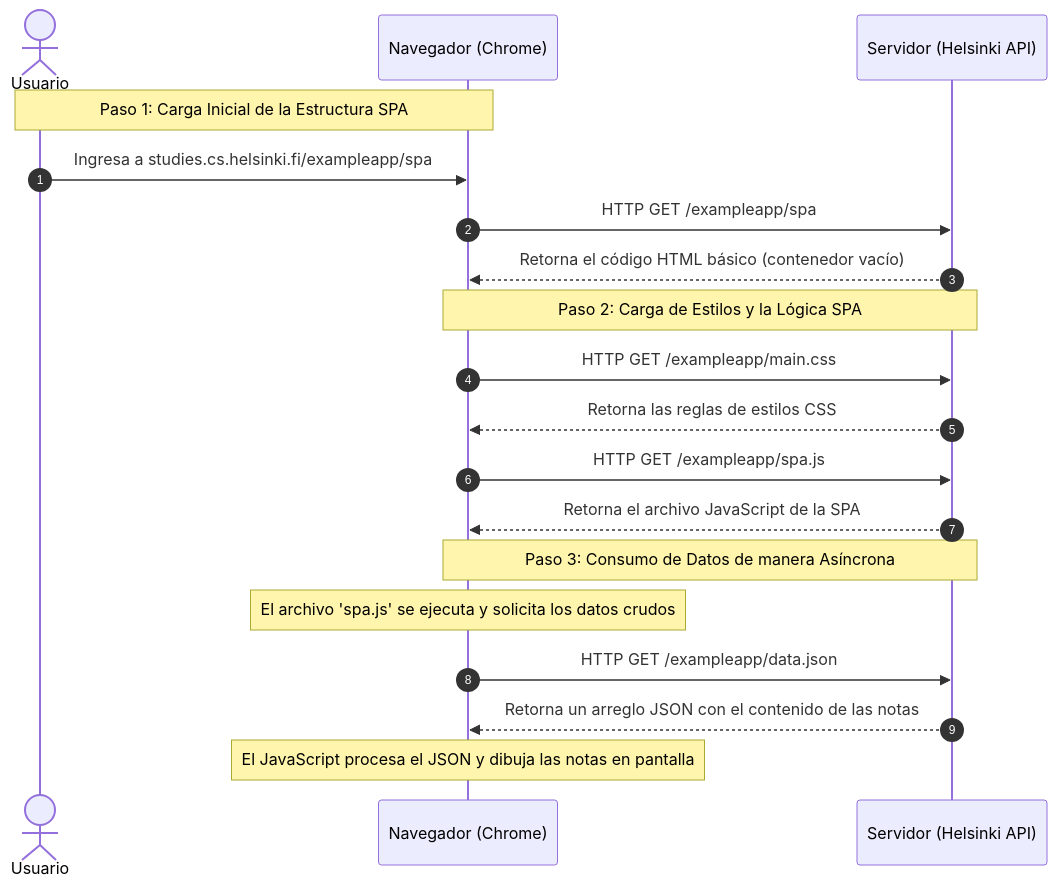
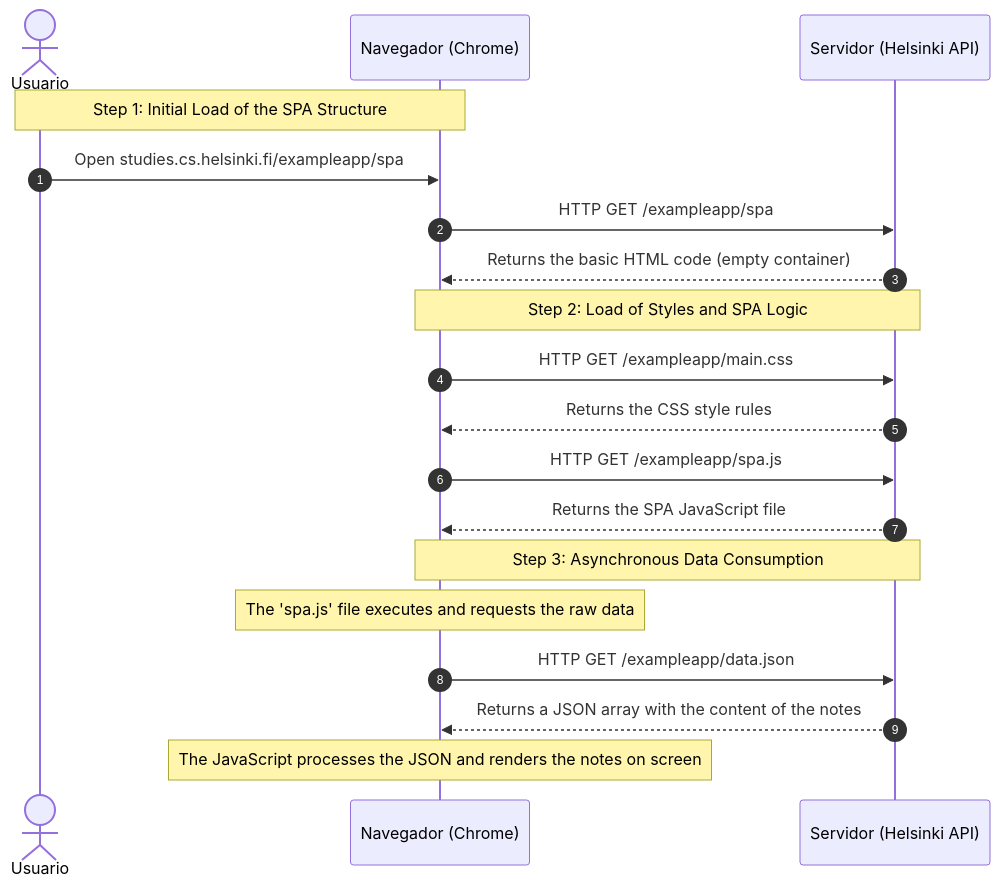
The diagram in 05.md (jogabeca-cpu/0.5-new-diagram), drawn with Mermaid before and after one commit.

Commit message:
Translate SPA sequence diagram from Spanish to English

````diff
--- a/05.md
+++ b/05.md
@@ -1,24 +1,24 @@
 ```mermaid
 sequenceDiagram
     autonumber
     actor Usuario
     participant Navegador as Navegador (Chrome)
     participant Servidor as Servidor (Helsinki API)
 
-    Note over Usuario,Navegador: Paso 1: Carga Inicial de la Estructura SPA
-    Usuario->>Navegador: Ingresa a studies.cs.helsinki.fi/exampleapp/spa
+    Note over Usuario,Navegador: Step 1: Initial Load of the SPA Structure
+    Usuario->>Navegador: Open studies.cs.helsinki.fi/exampleapp/spa
     Navegador->>Servidor: HTTP GET /exampleapp/spa
-    Servidor-->>Navegador: Retorna el código HTML básico (contenedor vacío)
+    Servidor-->>Navegador: Returns the basic HTML code (empty container)
     
-    Note over Navegador,Servidor: Paso 2: Carga de Estilos y la Lógica SPA
+    Note over Navegador,Servidor: Step 2: Load of Styles and SPA Logic
     Navegador->>Servidor: HTTP GET /exampleapp/main.css
-    Servidor-->>Navegador: Retorna las reglas de estilos CSS
+    Servidor-->>Navegador: Returns the CSS style rules
     Navegador->>Servidor: HTTP GET /exampleapp/spa.js
-    Servidor-->>Navegador: Retorna el archivo JavaScript de la SPA
+    Servidor-->>Navegador: Returns the SPA JavaScript file
 
-    Note over Navegador,Servidor: Paso 3: Consumo de Datos de manera Asíncrona
-    Note over Navegador: El archivo 'spa.js' se ejecuta y solicita los datos crudos
+    Note over Navegador,Servidor: Step 3: Asynchronous Data Consumption
+    Note over Navegador: The 'spa.js' file executes and requests the raw data
     Navegador->>Servidor: HTTP GET /exampleapp/data.json
-    Servidor-->>Navegador: Retorna un arreglo JSON con el contenido de las notas
-    Note over Navegador: El JavaScript procesa el JSON y dibuja las notas en pantalla
+    Servidor-->>Navegador: Returns a JSON array with the content of the notes
+    Note over Navegador: The JavaScript processes the JSON and renders the notes on screen
 ```
````
